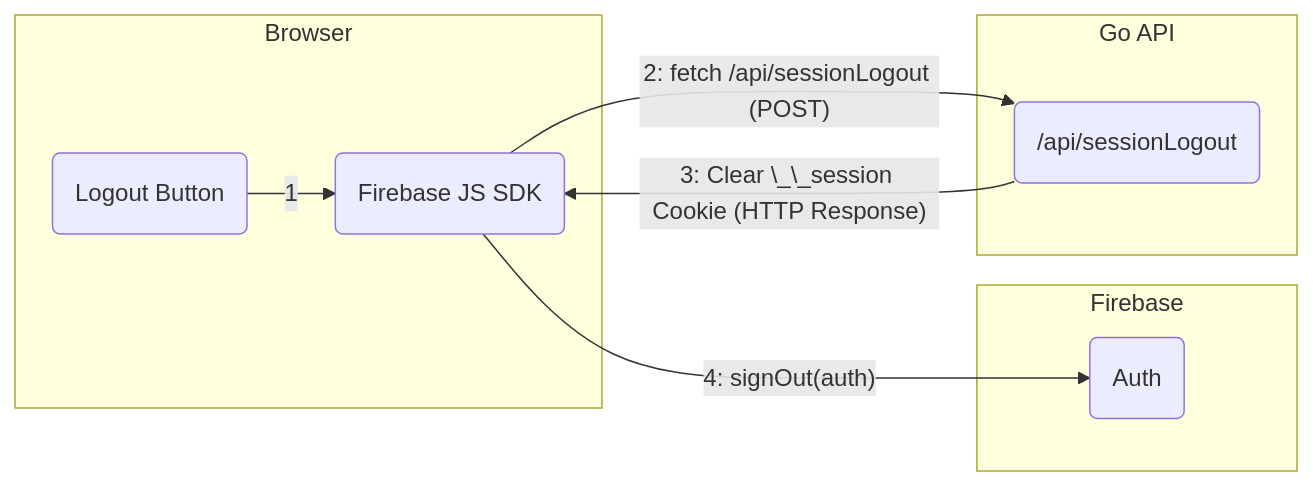
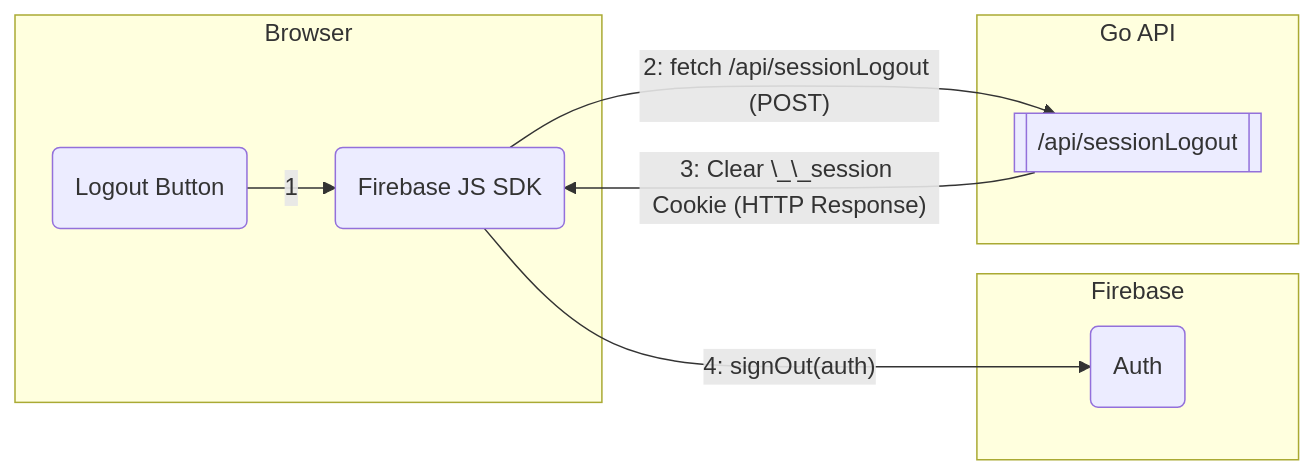
The fifth of 5 diagrams in content/docs/authentication.md (cheomanigua/bwadocs), drawn with Mermaid before and after one commit. The commit also changed other lines of this file and 3 other files, not shown here.

````diff
--- a/content/docs/authentication.md
+++ b/content/docs/authentication.md
@@ -289,18 +289,18 @@
 ```mermaid
 flowchart LR
     subgraph Browser
         logoutbtn(Logout Button)
         js(Firebase JS SDK)
     end
     subgraph Firebase
         auth(Auth)
     end
     subgraph Go API
-        apisesout(/api/sessionLogout)
+        apisesout[[/api/sessionLogout]]
     end
 
     logoutbtn -- 1 --> js
     js -- "2: fetch /api/sessionLogout (POST)" --> apisesout
     apisesout -- "3: Clear \_\_session Cookie (HTTP Response)" --> js
     js -- "4: signOut(auth)" --> auth
 ```
````
